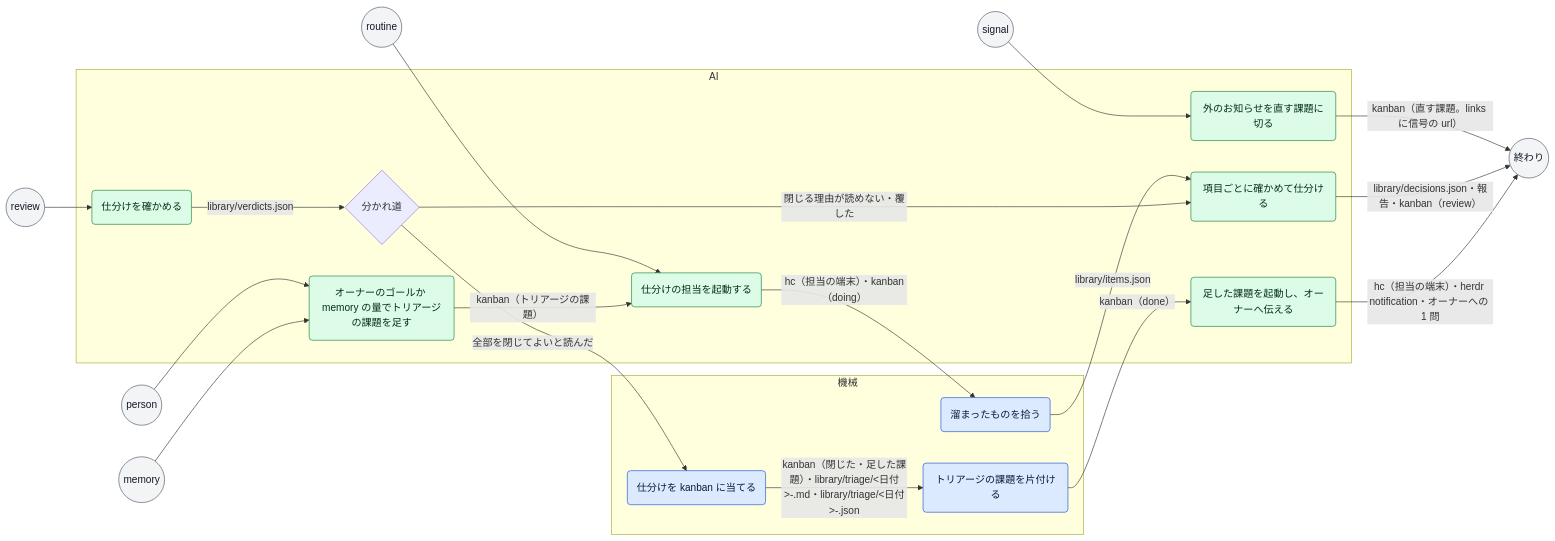
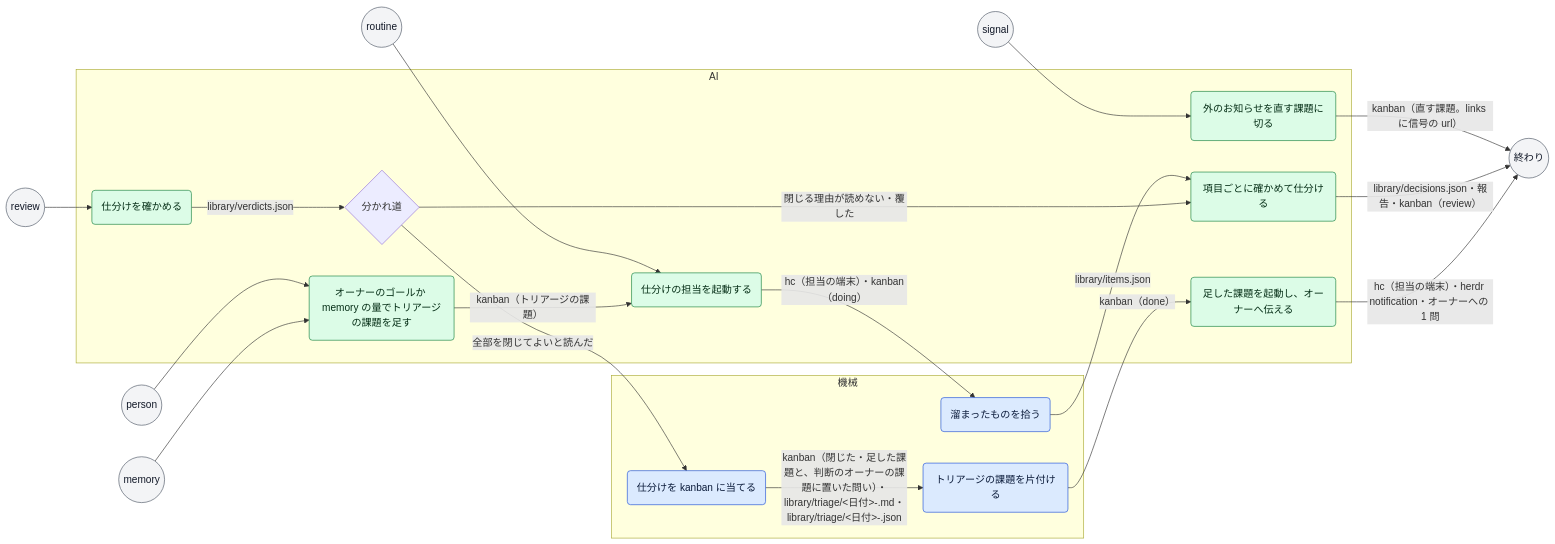
The diagram in docs/process/triage.md (mitaku/andon), drawn with Mermaid before and after one commit. The commit also changed other lines of this file and 12 other files, not shown here.

````diff
--- a/docs/process/triage.md
+++ b/docs/process/triage.md
@@ -19,43 +19,43 @@
 ```mermaid
 flowchart LR
   classDef machine fill:#dbeafe,stroke:#1d4ed8,color:#0b1b3a
   classDef ai fill:#dcfce7,stroke:#15803d,color:#052e16
   classDef person fill:#fef3c7,stroke:#b45309,color:#3b1d02
   classDef event fill:#f3f4f6,stroke:#4b5563,color:#111827
   t_routine(("routine")):::event
   t_person(("person")):::event
   t_signal(("signal")):::event
   t_memory(("memory")):::event
   t_review(("review")):::event
   subgraph lane_machine["機械"]
     s_collect("溜まったものを拾う"):::machine
     s_apply("仕分けを kanban に当てる"):::machine
     s_finish("トリアージの課題を片付ける"):::machine
   end
   subgraph lane_ai["AI"]
     s_signal("外のお知らせを直す課題に切る"):::ai
     s_add("オーナーのゴールか memory の量でトリアージの課題を足す"):::ai
     s_start("仕分けの担当を起動する"):::ai
     s_sort("項目ごとに確かめて仕分ける"):::ai
     s_check("仕分けを確かめる"):::ai
     g_check{"分かれ道"}
     s_follow("足した課題を起動し、オーナーへ伝える"):::ai
   end
   t_routine --> s_start
   t_person --> s_add
   t_signal --> s_signal
   t_memory --> s_add
   t_review --> s_check
   s_signal -->|"kanban（直す課題。links に信号の url）"| fin
   s_add -->|"kanban（トリアージの課題）"| s_start
   s_start -->|"hc（担当の端末）・kanban（doing）"| s_collect
   s_collect -->|"library/items.json"| s_sort
   s_sort -->|"library/decisions.json・報告・kanban（review）"| fin
   s_check -->|"library/verdicts.json"| g_check
   g_check -->|"閉じる理由が読めない・覆した"| s_sort
   g_check -->|"全部を閉じてよいと読んだ"| s_apply
-  s_apply -->|"kanban（閉じた・足した課題）・library/triage/<日付>-<id>.md・library/triage/<日付>-<id>.json"| s_finish
+  s_apply -->|"kanban（閉じた・足した課題と、判断のオーナーの課題に置いた問い）・library/triage/<日付>-<id>.md・library/triage/<日付>-<id>.json"| s_finish
   s_finish -->|"kanban（done）"| s_follow
   s_follow -->|"hc（担当の端末）・herdr notification・オーナーへの 1 問"| fin
   fin(("終わり")):::event
 ```
````
